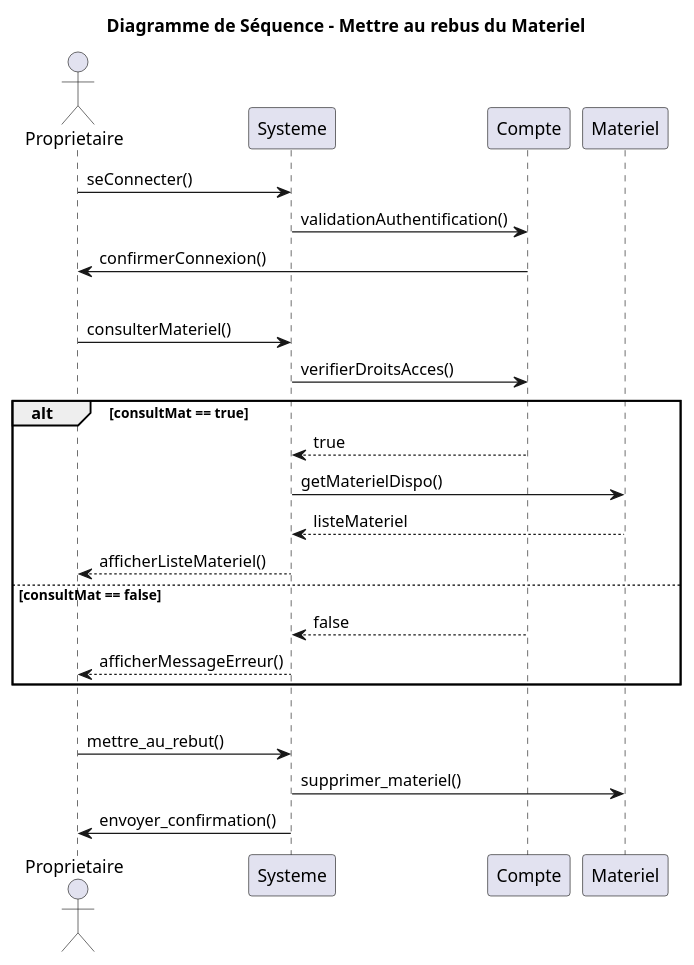
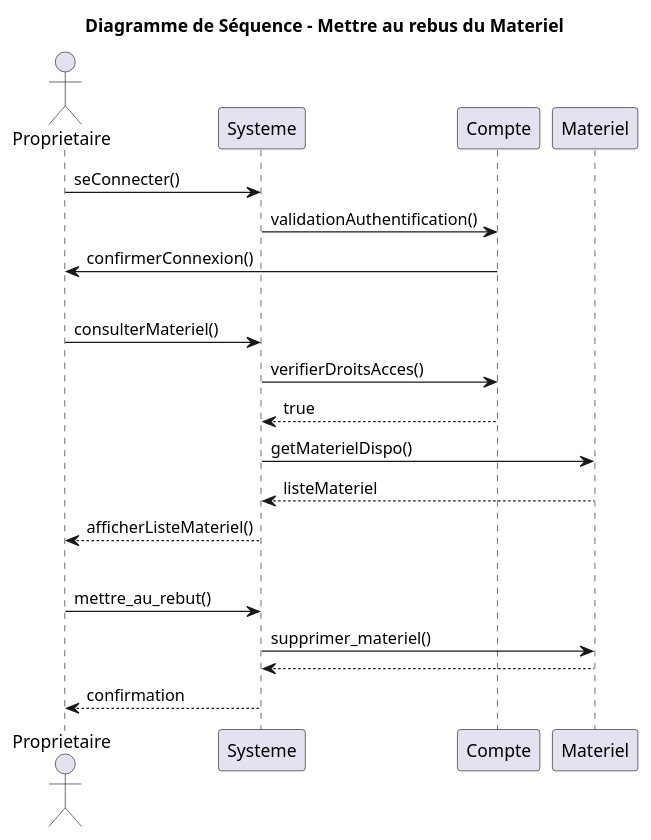
The diagram in UML/Diagramme_sequence_mettre_rebus.puml (Egario54/ProjetClubNautique), drawn with PlantUML before and after one commit. The commit also changed 15 other files, not shown here.

Commit message:
amélioration du diagramme de use case

```diff
--- a/UML/Diagramme_sequence_mettre_rebus.puml
+++ b/UML/Diagramme_sequence_mettre_rebus.puml
@@ -1,40 +1,36 @@
 @startuml
 title Diagramme de Séquence - Mettre au rebus du Materiel
 actor Proprietaire
 participant Systeme
 participant Compte
 participant Materiel
 
 'Connexion à un compte'
 Proprietaire -> Systeme: seConnecter()
 Systeme -> Compte: validationAuthentification()
 Compte -> Proprietaire: confirmerConnexion()
 
 
 
 'Séparation'
 |||
 
 
 'Proprietaire consulte le matériel'
 Proprietaire -> Systeme : consulterMateriel()
 Systeme -> Compte : verifierDroitsAcces()
-alt consultMat == true
-    Compte --> Systeme : true
-    Systeme -> Materiel : getMaterielDispo()
-    Materiel --> Systeme : listeMateriel
-    Systeme --> Proprietaire : afficherListeMateriel()
-else consultMat == false
-    Compte --> Systeme : false
-    Systeme --> Proprietaire : afficherMessageErreur()
-end
+Compte --> Systeme : true
+Systeme -> Materiel : getMaterielDispo()
+Materiel --> Systeme : listeMateriel
+Systeme --> Proprietaire : afficherListeMateriel()
 
 'Séparation'
 |||
 
 'Propriétaire met au rebus un materiel'
 Proprietaire -> Systeme : mettre_au_rebut()
 Systeme -> Materiel : supprimer_materiel()
-Systeme -> Proprietaire : envoyer_confirmation()
+return
+Systeme --> Proprietaire : confirmation
 
 @enduml
```
